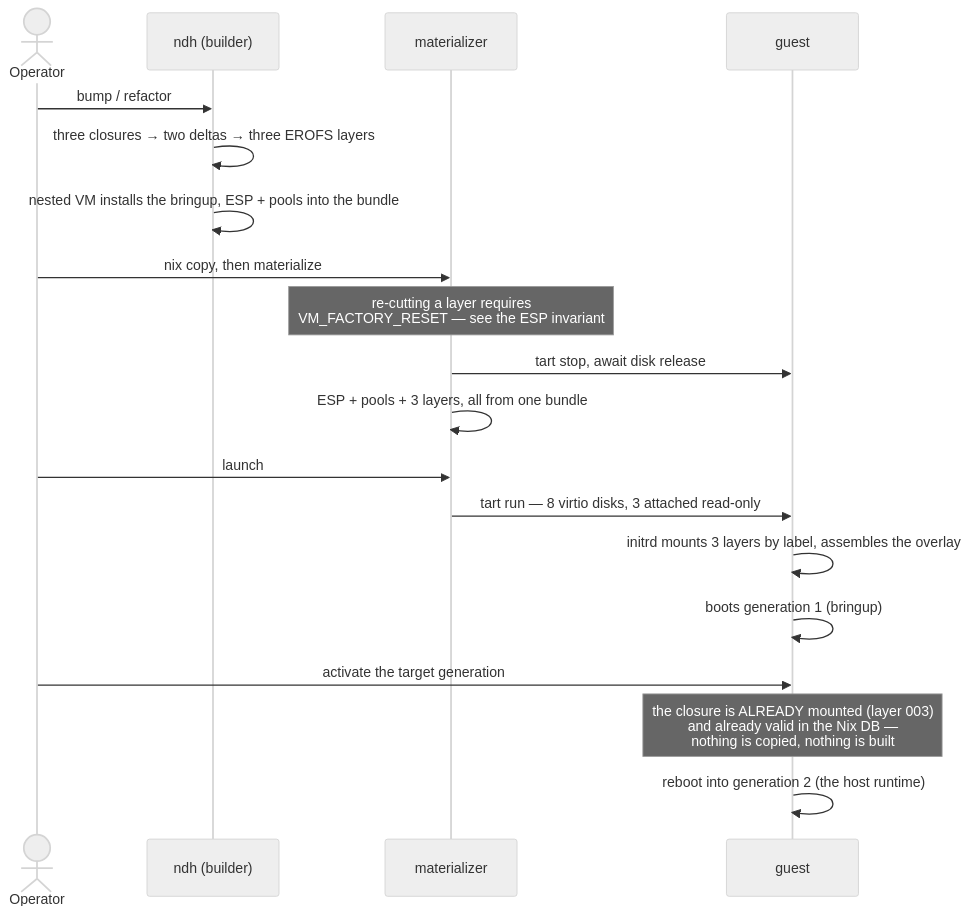
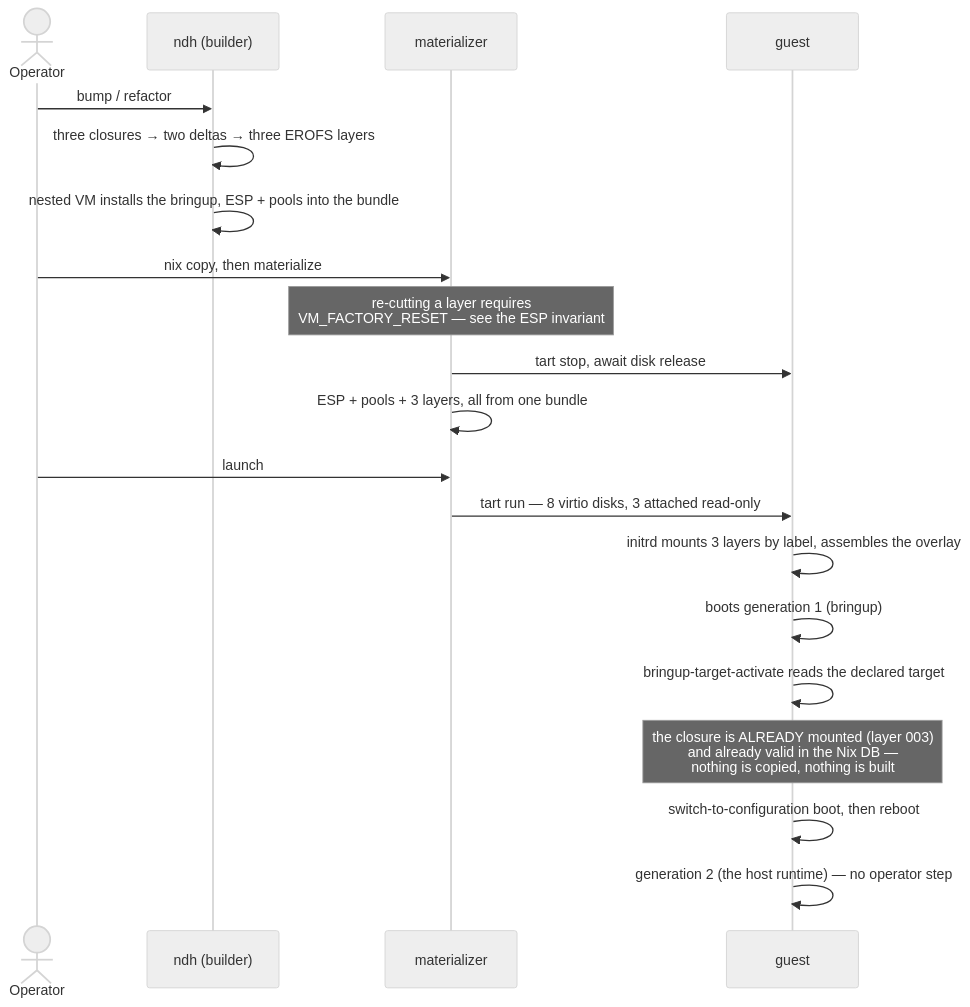
Before and after one commit to seedmatic/rke2lab: the fifth of 5 diagrams in docs/architecture/nixos-substrate/erofs-store-layer-stack.adoc, drawn with Mermaid (neutral theme). The commit also changed other lines of this file, not shown here.

First line of the commit message:
docs(nixos-substrate): the first-boot handover, and a claim retracted

```diff
--- a/docs/architecture/nixos-substrate/erofs-store-layer-stack.adoc
+++ b/docs/architecture/nixos-substrate/erofs-store-layer-stack.adoc
@@ -378,23 +380,24 @@
 [mermaid]
 ----
 sequenceDiagram
   actor Op as Operator
   participant B as ndh (builder)
   participant M as materializer
   participant G as guest
 
   Op->>B: bump / refactor
   B->>B: three closures → two deltas → three EROFS layers
   B->>B: nested VM installs the bringup, ESP + pools into the bundle
   Op->>M: nix copy, then materialize
   Note over M: re-cutting a layer requires<br/>VM_FACTORY_RESET — see the ESP invariant
   M->>G: tart stop, await disk release
   M->>M: ESP + pools + 3 layers, all from one bundle
   Op->>M: launch
   M->>G: tart run — 8 virtio disks, 3 attached read-only
   G->>G: initrd mounts 3 layers by label, assembles the overlay
   G->>G: boots generation 1 (bringup)
-  Op->>G: activate the target generation
+  G->>G: bringup-target-activate reads the declared target
   Note over G: the closure is ALREADY mounted (layer 003)<br/>and already valid in the Nix DB —<br/>nothing is copied, nothing is built
-  G->>G: reboot into generation 2 (the host runtime)
+  G->>G: switch-to-configuration boot, then reboot
+  G->>G: generation 2 (the host runtime) — no operator step
 ----
```
